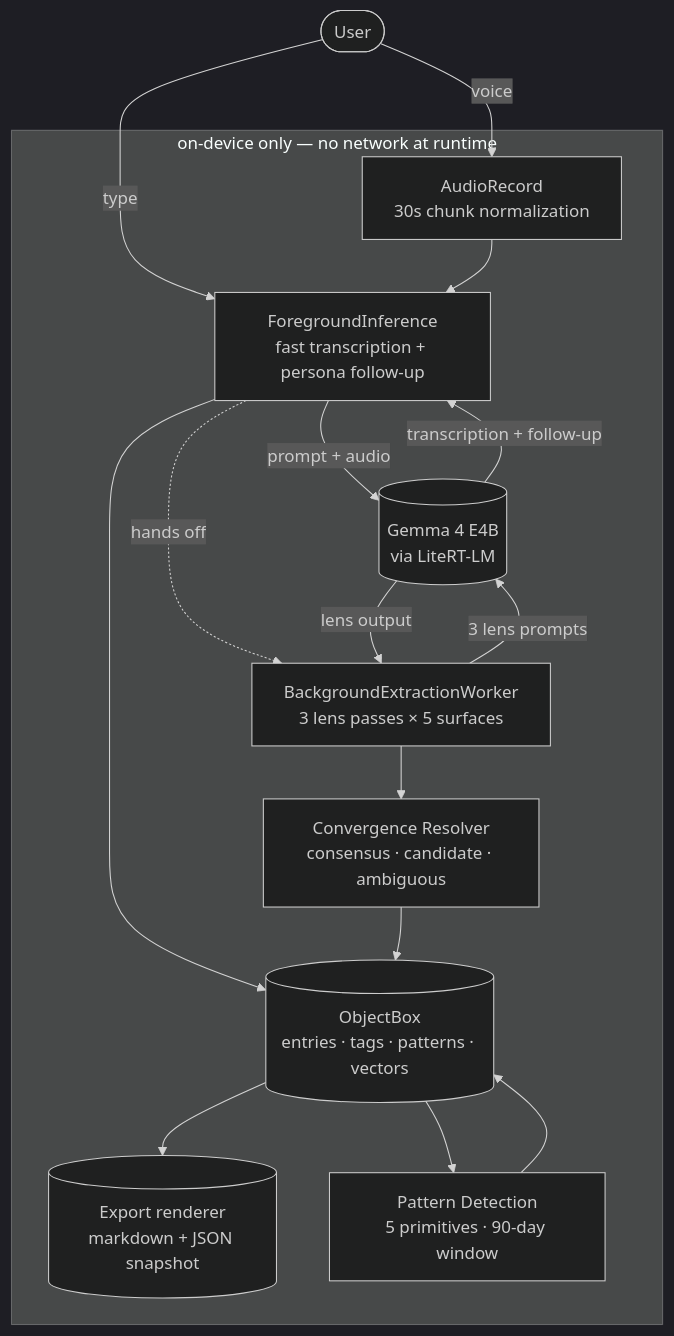
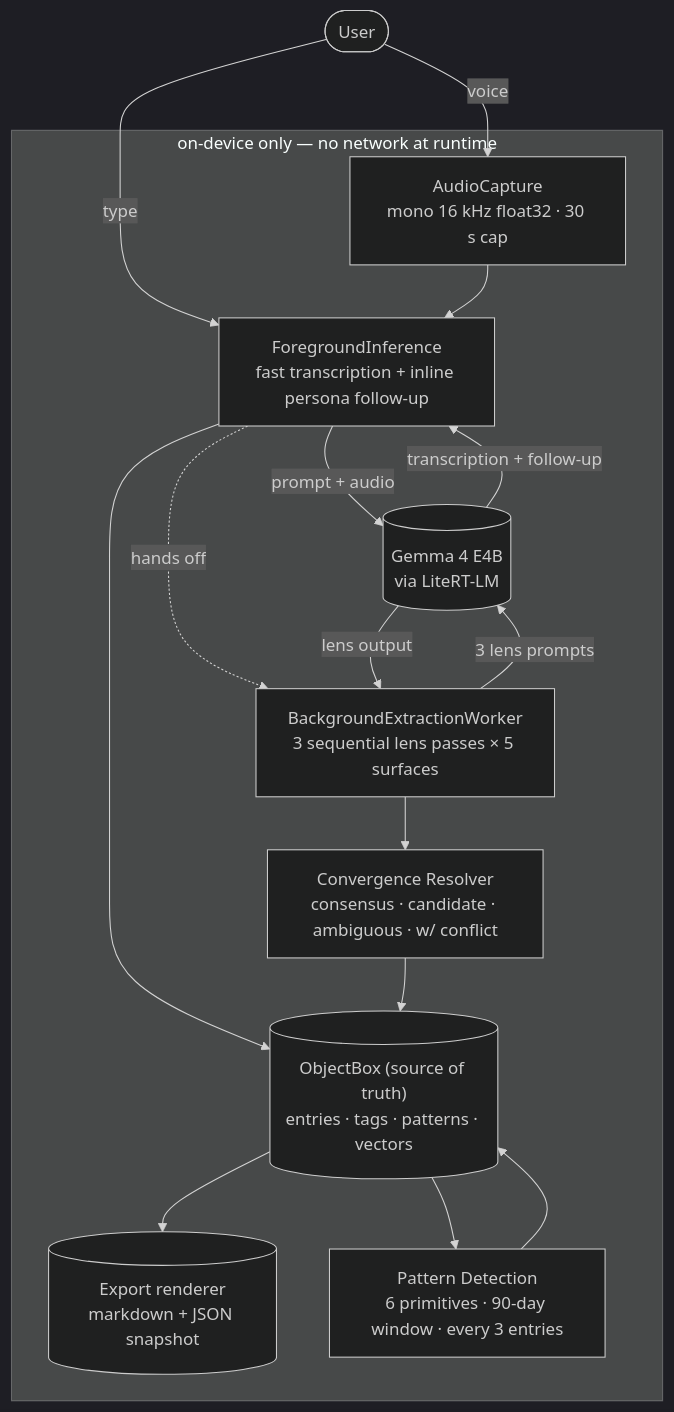
One commit to anchildress1/vestige changed the diagram in README.md. Above: the diagram before and after it, drawn with Mermaid (dark theme). The commit also changed other lines of this file and 6 other files, not shown here.

First line of the commit message:
docs(diagrams): correct diagram atlas to match implementation

````diff
--- a/README.md
+++ b/README.md
@@ -88,29 +88,29 @@
 ```mermaid
 flowchart TB
     User([User]) -- voice --> Audio
     User -- type --> FG
 
     subgraph onDevice["on-device only — no network at runtime"]
-      Audio["AudioRecord<br/>30s chunk normalization"]
-      FG["ForegroundInference<br/>fast transcription + persona follow-up"]
-      BG["BackgroundExtractionWorker<br/>3 lens passes × 5 surfaces"]
+      Audio["AudioCapture<br/>mono 16 kHz float32 · 30 s cap"]
+      FG["ForegroundInference<br/>fast transcription + inline persona follow-up"]
+      BG["BackgroundExtractionWorker<br/>3 sequential lens passes × 5 surfaces"]
       Gemma[("Gemma 4 E4B<br/>via LiteRT-LM")]
-      Resolver["Convergence Resolver<br/>consensus · candidate · ambiguous"]
-      ObjectBox[("ObjectBox<br/>entries · tags · patterns · vectors")]
+      Resolver["Convergence Resolver<br/>consensus · candidate · ambiguous · w/ conflict"]
+      ObjectBox[("ObjectBox (source of truth)<br/>entries · tags · patterns · vectors")]
       Export[("Export renderer<br/>markdown + JSON snapshot")]
-      Patterns["Pattern Detection<br/>5 primitives · 90-day window"]
+      Patterns["Pattern Detection<br/>6 primitives · 90-day window · every 3 entries"]
 
       Audio --> FG
       FG -- "prompt + audio" --> Gemma
       Gemma -- "transcription + follow-up" --> FG
       FG --> ObjectBox
       FG -. "hands off" .-> BG
       BG -- "3 lens prompts" --> Gemma
       Gemma -- "lens output" --> BG
       BG --> Resolver
       Resolver --> ObjectBox
       ObjectBox --> Patterns
       Patterns --> ObjectBox
       ObjectBox --> Export
     end
 ```
````
